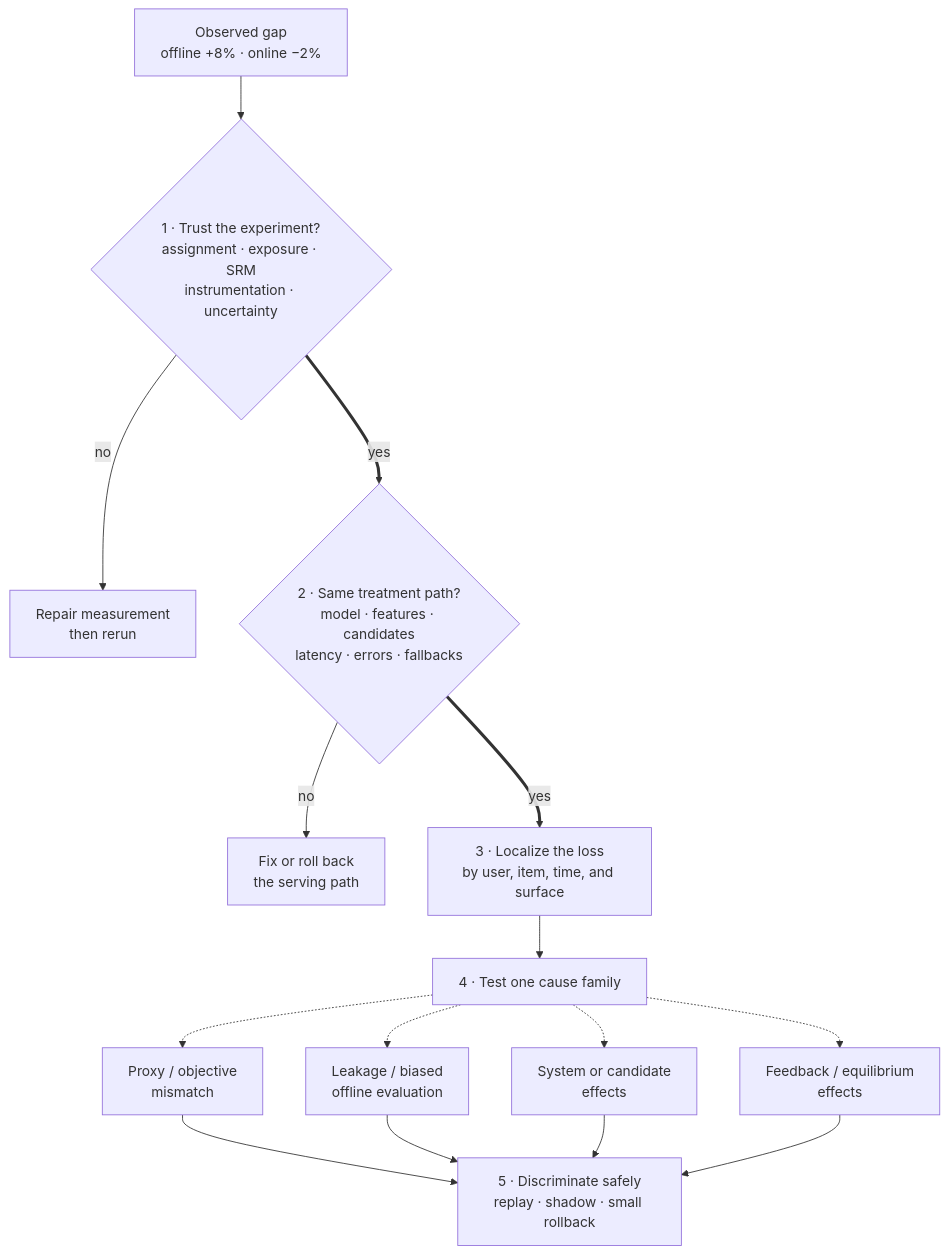
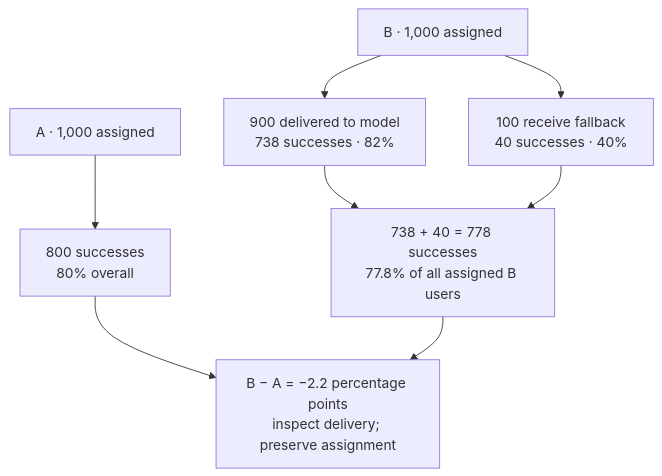
One commit to mlmentorship/mlmentorship.github.io changed the diagram in src/content/posts/2026-07-10-debug-offline-online-metric-gap.md. Above: the diagram before and after it, drawn with Mermaid. The commit also changed other lines of this file and 258 other files, not shown here.

````diff
--- a/src/content/posts/2026-07-10-debug-offline-online-metric-gap.md
+++ b/src/content/posts/2026-07-10-debug-offline-online-metric-gap.md
@@ -28,25 +27,17 @@
 ```mermaid
 flowchart TB
-	accTitle: Diagnose an offline improvement and online regression in evidence order
-	accDescr: Start with an observed offline improvement and online regression. First test whether assignment, exposure, sample ratio, instrumentation, and statistical interpretation make the experiment trustworthy. If not, repair and rerun the experiment. If it is trustworthy, replay the production path and compare model version, features, candidates, latency, errors, and fallbacks. If delivery differs, fix or roll back the serving path. Only when both gates pass should you localize the regression by slice, test objective mismatch, evaluation bias, system effects, or feedback, and use a shadow comparison, replay, or controlled rollback to discriminate among them.
-	O["Observed gap<br/>offline +8% · online −2%"] --> V{"1 · Trust the experiment?<br/>assignment · exposure · SRM<br/>instrumentation · uncertainty"}
-	V -->|"no"| R["Repair measurement<br/>then rerun"]
-	V ==>|"yes"| S{"2 · Same treatment path?<br/>model · features · candidates<br/>latency · errors · fallbacks"}
-	S -->|"no"| F["Fix or roll back<br/>the serving path"]
-	S ==>|"yes"| L["3 · Localize the loss<br/>by user, item, time, and surface"]
-	L --> H["4 · Test one cause family"]
-	H -.-> P["Proxy / objective<br/>mismatch"]
-	H -.-> B["Leakage / biased<br/>offline evaluation"]
-	H -.-> Y["System or candidate<br/>effects"]
-	H -.-> E["Feedback / equilibrium<br/>effects"]
-	P --> D["5 · Discriminate safely<br/>replay · shadow · small rollback"]
-	B --> D
-	Y --> D
-	E --> D
-	class O viz-input
-	class V,S,L,H viz-focus
-	class R,F viz-warning
-	class P,B,Y,E viz-state
+	accTitle: Assigned users split into delivered-model and fallback outcomes
+	accDescr: This invented fixture assigns one thousand users to each arm. Arm A records eight hundred successes. In arm B, nine hundred users reach the new model and produce seven hundred thirty-eight successes; one hundred receive fallback and produce forty successes. Merging both branches gives seven hundred seventy-eight successes out of one thousand, or 77.8 percent, below A's 80 percent. The 82 percent delivered-model success rate is conditional on routing, not a randomized comparison against A. Inspect routing and delivery before attributing this aggregate loss to model quality.
+	A["A · 1,000 assigned"] --> AP["800 successes<br/>80% overall"]
+	B["B · 1,000 assigned"] --> M["900 delivered to model<br/>738 successes · 82%"]
+	B --> F["100 receive fallback<br/>40 successes · 40%"]
+	M --> BP["738 + 40 = 778 successes<br/>77.8% of all assigned B users"]
+	F --> BP
+	AP --> D["B − A = −2.2 percentage points<br/>inspect delivery; preserve assignment"]
+	BP --> D
+	class A,B viz-input
+	class M viz-focus
+	class F viz-warning
+	class AP,BP viz-state
 	class D viz-output
-	class O viz-wide
 ```
````
